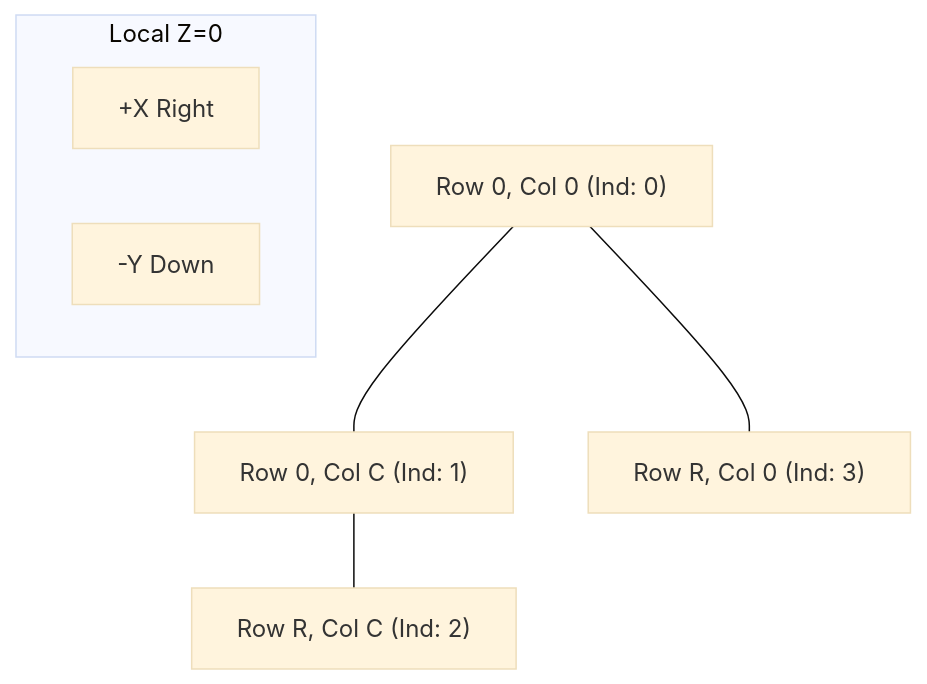
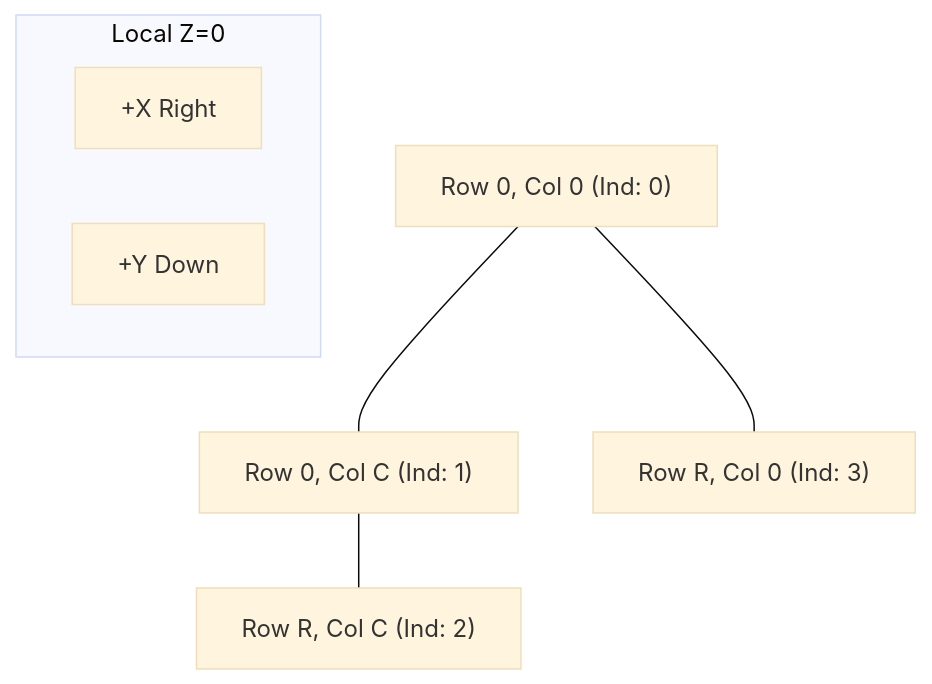
One commit to NoeFontana/render-tag changed the diagram in docs/coordinates.md. Above: the diagram before and after it, drawn with Mermaid (base theme). The commit also changed other lines of this file and 19 other files, not shown here.

````diff
--- a/docs/coordinates.md
+++ b/docs/coordinates.md
@@ -25,12 +25,12 @@
 ```mermaid
 graph TD
     TL["Row 0, Col 0 (Ind: 0)"] --- TR["Row 0, Col C (Ind: 1)"]
     TL --- BL["Row R, Col 0 (Ind: 3)"]
     TR --- BR["Row R, Col C (Ind: 2)"]
     
     subgraph Board Plane [Local Z=0]
     direction LR
     X[+X Right]
-    Y[-Y Down]
+    Y[+Y Down]
     end
 ```
````
